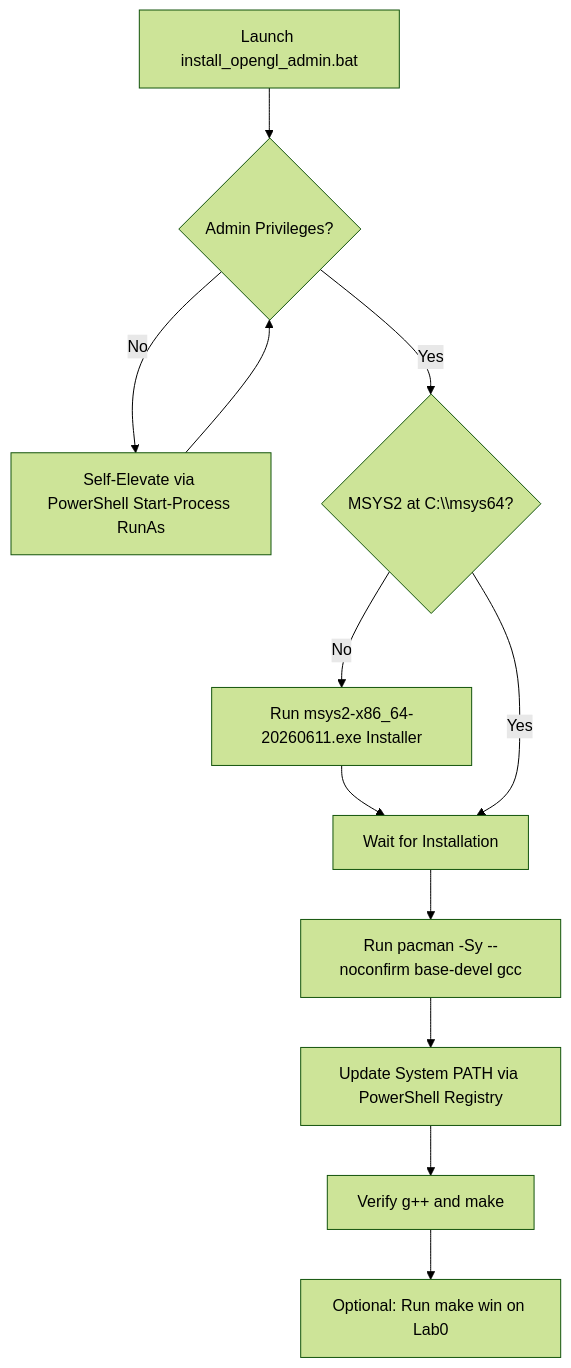
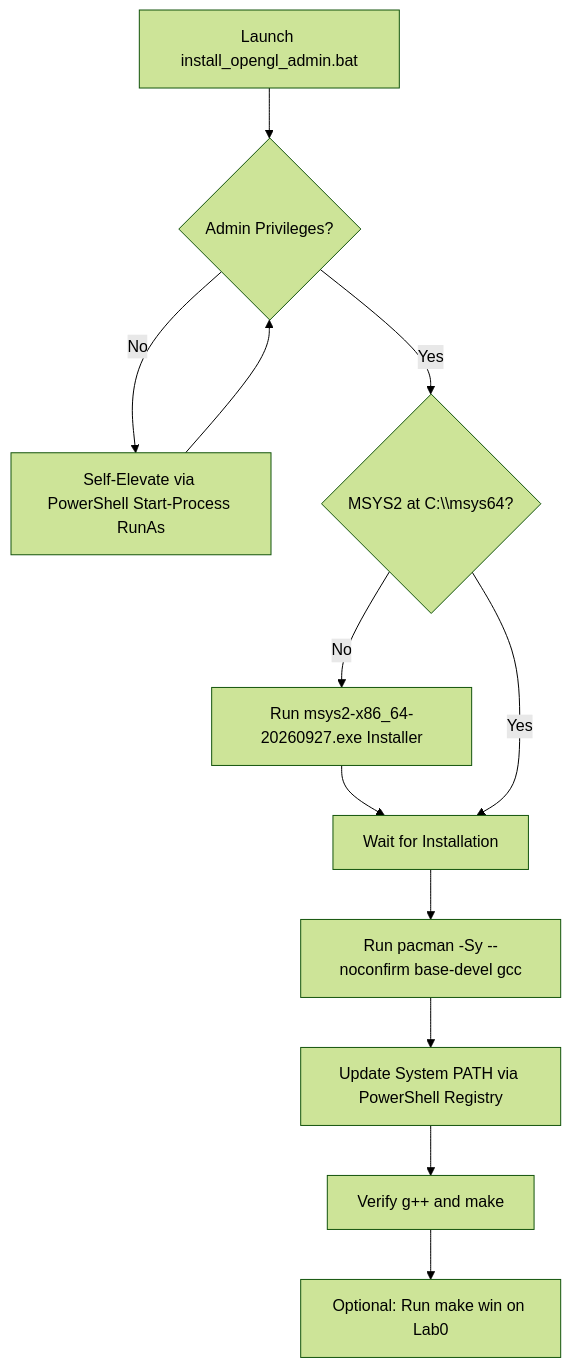
One commit to b1tranger/opengl_setup_script changed the diagram in doc/notes/manualSetupGuide.md. Above: the diagram before and after it, drawn with Mermaid (forest theme). The commit also changed 7 other files, not shown here.

````diff
--- a/doc/notes/manualSetupGuide.md
+++ b/doc/notes/manualSetupGuide.md
@@ -116,14 +116,14 @@
 ```mermaid
 flowchart TD
     A[Launch install_opengl_admin.bat] --> B{Admin Privileges?}
     B -- No --> C[Self-Elevate via PowerShell Start-Process RunAs]
     C --> B
     B -- Yes --> D{MSYS2 at C:\\msys64?}
-    D -- No --> E[Run msys2-x86_64-20260611.exe Installer]
+    D -- No --> E[Run msys2-x86_64-20260927.exe Installer]
     E --> F[Wait for Installation]
     D -- Yes --> F
     F --> G[Run pacman -Sy --noconfirm base-devel gcc]
     G --> H[Update System PATH via PowerShell Registry]
     H --> I[Verify g++ and make]
     I --> J[Optional: Run make win on Lab0]
 ```
````
